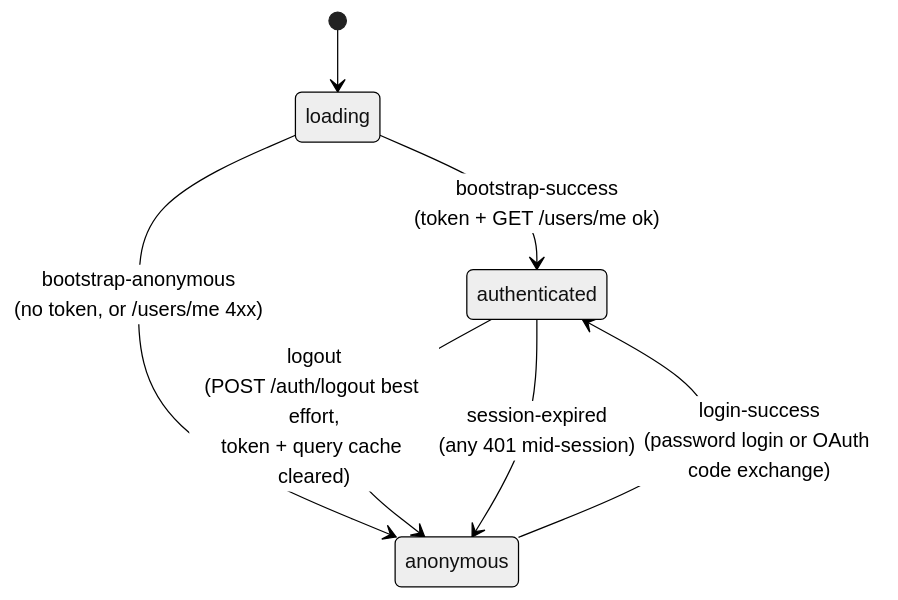
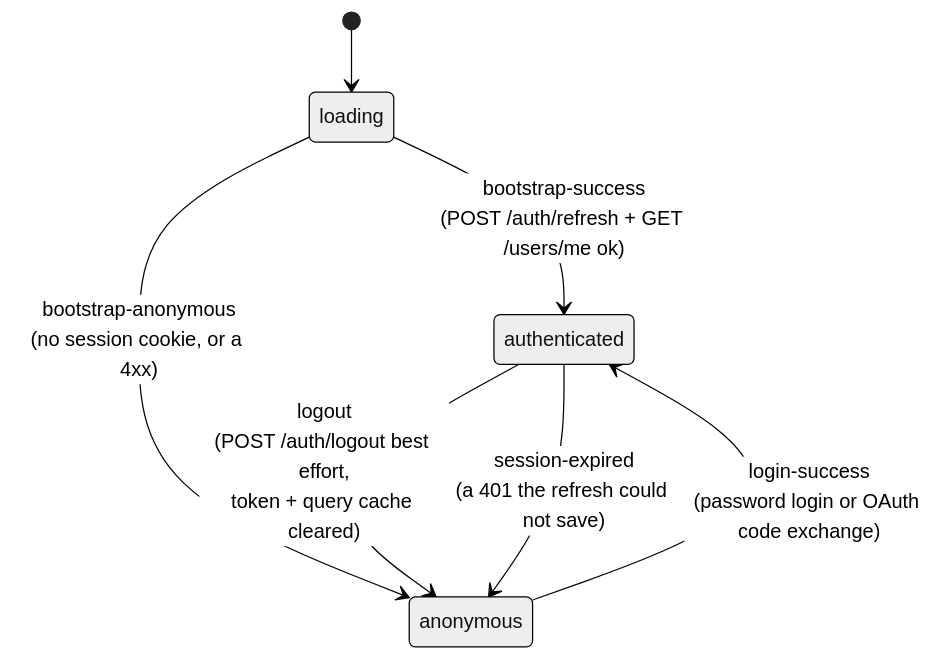
Before and after one commit to kidp8479/42_hypertube: the third of 9 diagrams in docs/diagrams/auth.md, drawn with Mermaid (neutral theme). The commit also changed other lines of this file and 3 other files, not shown here.

````diff
--- a/docs/diagrams/auth.md
+++ b/docs/diagrams/auth.md
@@ -80,9 +81,9 @@
 ```mermaid
 stateDiagram-v2
     [*] --> loading
-    loading --> authenticated: bootstrap-success<br/>(token + GET /users/me ok)
-    loading --> anonymous: bootstrap-anonymous<br/>(no token, or /users/me 4xx)
+    loading --> authenticated: bootstrap-success<br/>(POST /auth/refresh + GET /users/me ok)
+    loading --> anonymous: bootstrap-anonymous<br/>(no session cookie, or a 4xx)
     anonymous --> authenticated: login-success<br/>(password login or OAuth code exchange)
     authenticated --> anonymous: logout<br/>(POST /auth/logout best effort,<br/>token + query cache cleared)
-    authenticated --> anonymous: session-expired<br/>(any 401 mid-session)
+    authenticated --> anonymous: session-expired<br/>(a 401 the refresh could not save)
 ```
````
